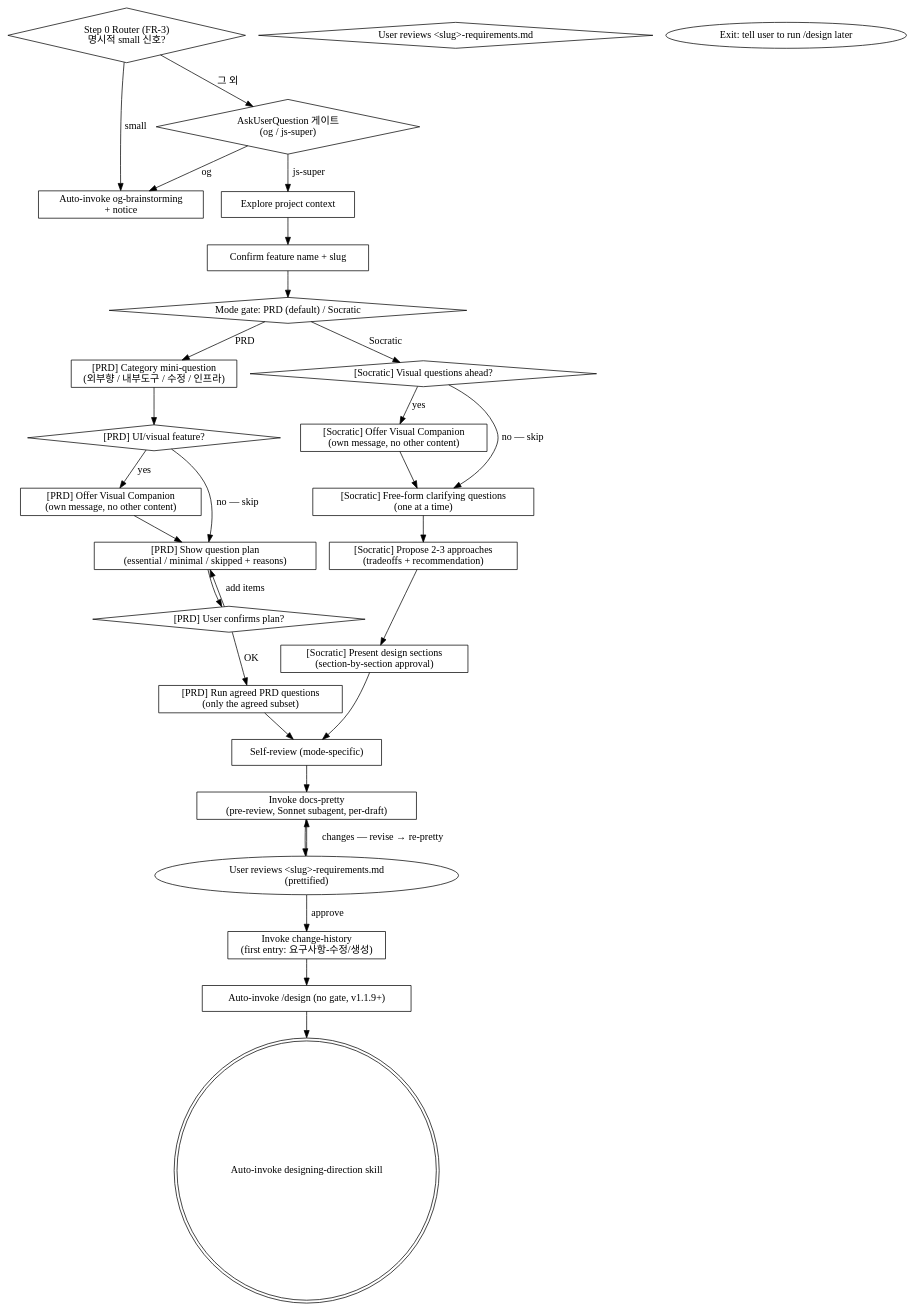
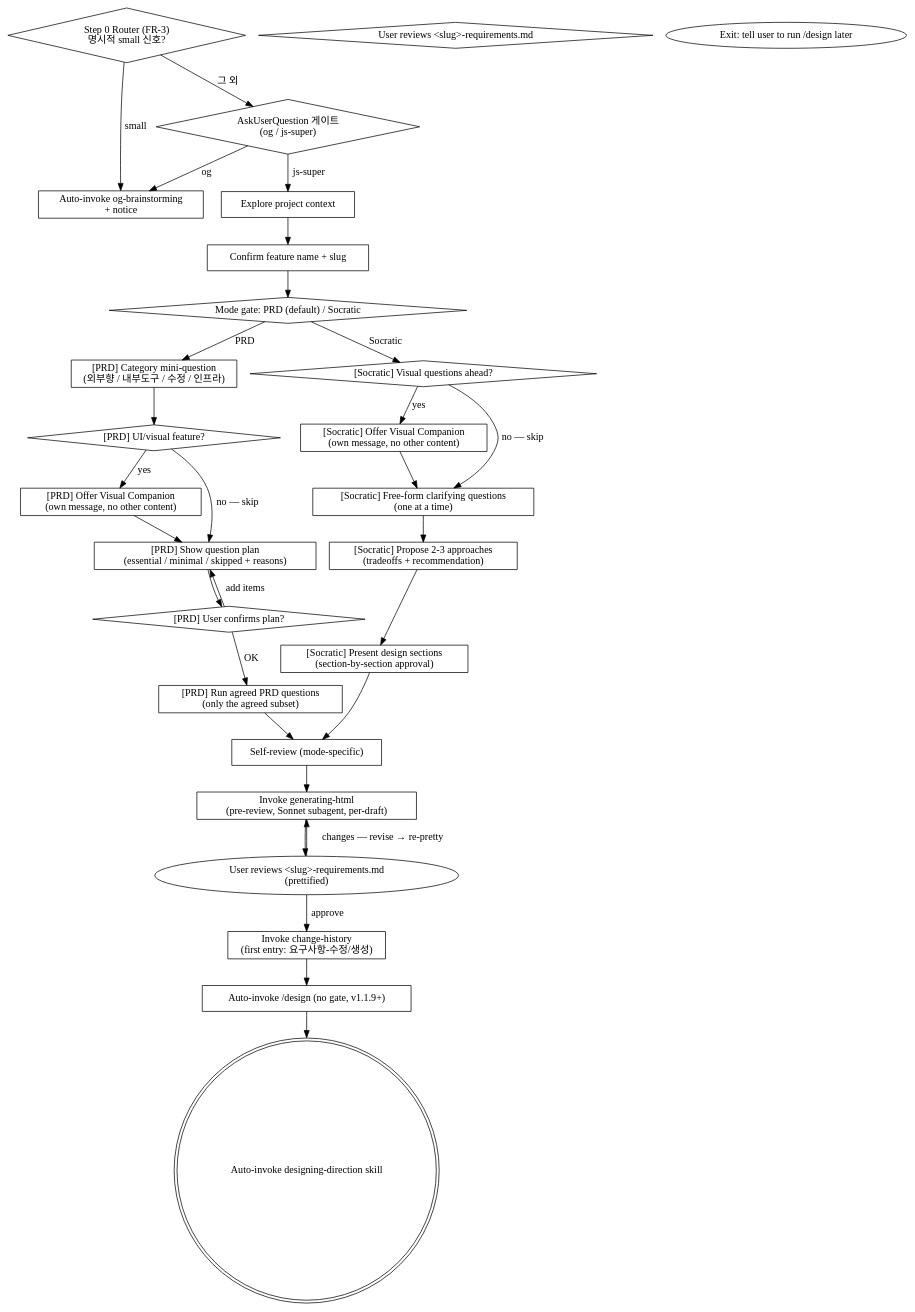
One commit to deokjinlog/intent-locked-workflow changed the diagram in skills/brainstorming/SKILL.md. Above: the diagram before and after it, drawn with Graphviz. The commit also changed other lines of this file and 12 other files, not shown here.

First line of the commit message:
refactor(v2.2.2): docs-pretty / regen-html 단어 일괄 교체 — 13 파일 (task 4)

````diff
--- a/skills/brainstorming/SKILL.md
+++ b/skills/brainstorming/SKILL.md
@@ -98,63 +98,63 @@
 ```dot
 digraph brainstorm_flow {
     "Step 0 Router (FR-3)\n명시적 small 신호?" [shape=diamond];
     "Auto-invoke og-brainstorming\n+ notice" [shape=box];
     "AskUserQuestion 게이트\n(og / js-super)" [shape=diamond];
     "Explore project context" [shape=box];
     "Confirm feature name + slug" [shape=box];
     "Mode gate: PRD (default) / Socratic" [shape=diamond];
 
     "[PRD] Category mini-question\n(외부향 / 내부도구 / 수정 / 인프라)" [shape=box];
     "[PRD] UI/visual feature?" [shape=diamond];
     "[PRD] Offer Visual Companion\n(own message, no other content)" [shape=box];
     "[PRD] Show question plan\n(essential / minimal / skipped + reasons)" [shape=box];
     "[PRD] User confirms plan?" [shape=diamond];
     "[PRD] Run agreed PRD questions\n(only the agreed subset)" [shape=box];
 
     "[Socratic] Visual questions ahead?" [shape=diamond];
     "[Socratic] Offer Visual Companion\n(own message, no other content)" [shape=box];
     "[Socratic] Free-form clarifying questions\n(one at a time)" [shape=box];
     "[Socratic] Propose 2-3 approaches\n(tradeoffs + recommendation)" [shape=box];
     "[Socratic] Present design sections\n(section-by-section approval)" [shape=box];
 
     "Self-review (mode-specific)" [shape=box];
     "User reviews <slug>-requirements.md" [shape=diamond];
-    "Invoke docs-pretty\n(pre-review, Sonnet subagent, per-draft)" [shape=box];
+    "Invoke generating-html\n(pre-review, Sonnet subagent, per-draft)" [shape=box];
     "Invoke change-history\n(first entry: 요구사항-수정/생성)" [shape=box];
     "Auto-invoke /design (no gate, v1.1.9+)" [shape=box];
     "Auto-invoke designing-direction skill" [shape=doublecircle];
     "Exit: tell user to run /design later" [shape=oval];
 
     "Step 0 Router (FR-3)\n명시적 small 신호?" -> "Auto-invoke og-brainstorming\n+ notice" [label="small"];
     "Step 0 Router (FR-3)\n명시적 small 신호?" -> "AskUserQuestion 게이트\n(og / js-super)" [label="그 외"];
     "AskUserQuestion 게이트\n(og / js-super)" -> "Auto-invoke og-brainstorming\n+ notice" [label="og"];
     "AskUserQuestion 게이트\n(og / js-super)" -> "Explore project context" [label="js-super"];
     "Explore project context" -> "Confirm feature name + slug";
     "Confirm feature name + slug" -> "Mode gate: PRD (default) / Socratic";
 
     "Mode gate: PRD (default) / Socratic" -> "[PRD] Category mini-question\n(외부향 / 내부도구 / 수정 / 인프라)" [label="PRD"];
     "[PRD] Category mini-question\n(외부향 / 내부도구 / 수정 / 인프라)" -> "[PRD] UI/visual feature?";
     "[PRD] UI/visual feature?" -> "[PRD] Offer Visual Companion\n(own message, no other content)" [label="yes"];
     "[PRD] UI/visual feature?" -> "[PRD] Show question plan\n(essential / minimal / skipped + reasons)" [label="no — skip"];
     "[PRD] Offer Visual Companion\n(own message, no other content)" -> "[PRD] Show question plan\n(essential / minimal / skipped + reasons)";
     "[PRD] Show question plan\n(essential / minimal / skipped + reasons)" -> "[PRD] User confirms plan?";
     "[PRD] User confirms plan?" -> "[PRD] Show question plan\n(essential / minimal / skipped + reasons)" [label="add items"];
     "[PRD] User confirms plan?" -> "[PRD] Run agreed PRD questions\n(only the agreed subset)" [label="OK"];
     "[PRD] Run agreed PRD questions\n(only the agreed subset)" -> "Self-review (mode-specific)";
 
     "Mode gate: PRD (default) / Socratic" -> "[Socratic] Visual questions ahead?" [label="Socratic"];
     "[Socratic] Visual questions ahead?" -> "[Socratic] Offer Visual Companion\n(own message, no other content)" [label="yes"];
     "[Socratic] Visual questions ahead?" -> "[Socratic] Free-form clarifying questions\n(one at a time)" [label="no — skip"];
     "[Socratic] Offer Visual Companion\n(own message, no other content)" -> "[Socratic] Free-form clarifying questions\n(one at a time)";
     "[Socratic] Free-form clarifying questions\n(one at a time)" -> "[Socratic] Propose 2-3 approaches\n(tradeoffs + recommendation)";
     "[Socratic] Propose 2-3 approaches\n(tradeoffs + recommendation)" -> "[Socratic] Present design sections\n(section-by-section approval)";
     "[Socratic] Present design sections\n(section-by-section approval)" -> "Self-review (mode-specific)";
 
-    "Self-review (mode-specific)" -> "Invoke docs-pretty\n(pre-review, Sonnet subagent, per-draft)";
-    "Invoke docs-pretty\n(pre-review, Sonnet subagent, per-draft)" -> "User reviews <slug>-requirements.md\n(prettified)";
-    "User reviews <slug>-requirements.md\n(prettified)" -> "Invoke docs-pretty\n(pre-review, Sonnet subagent, per-draft)" [label="changes — revise → re-pretty"];
+    "Self-review (mode-specific)" -> "Invoke generating-html\n(pre-review, Sonnet subagent, per-draft)";
+    "Invoke generating-html\n(pre-review, Sonnet subagent, per-draft)" -> "User reviews <slug>-requirements.md\n(prettified)";
+    "User reviews <slug>-requirements.md\n(prettified)" -> "Invoke generating-html\n(pre-review, Sonnet subagent, per-draft)" [label="changes — revise → re-pretty"];
     "User reviews <slug>-requirements.md\n(prettified)" -> "Invoke change-history\n(first entry: 요구사항-수정/생성)" [label="approve"];
     "Invoke change-history\n(first entry: 요구사항-수정/생성)" -> "Auto-invoke /design (no gate, v1.1.9+)";
     "Auto-invoke /design (no gate, v1.1.9+)" -> "Auto-invoke designing-direction skill";
 }
 ```
````
